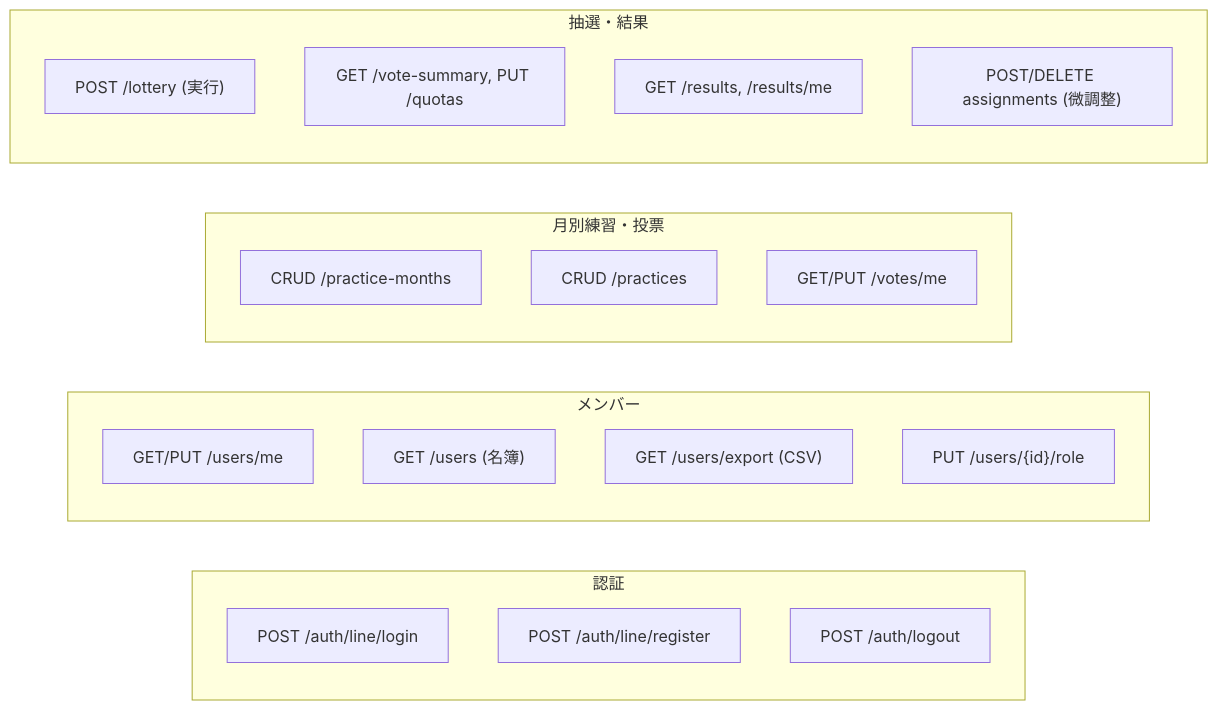
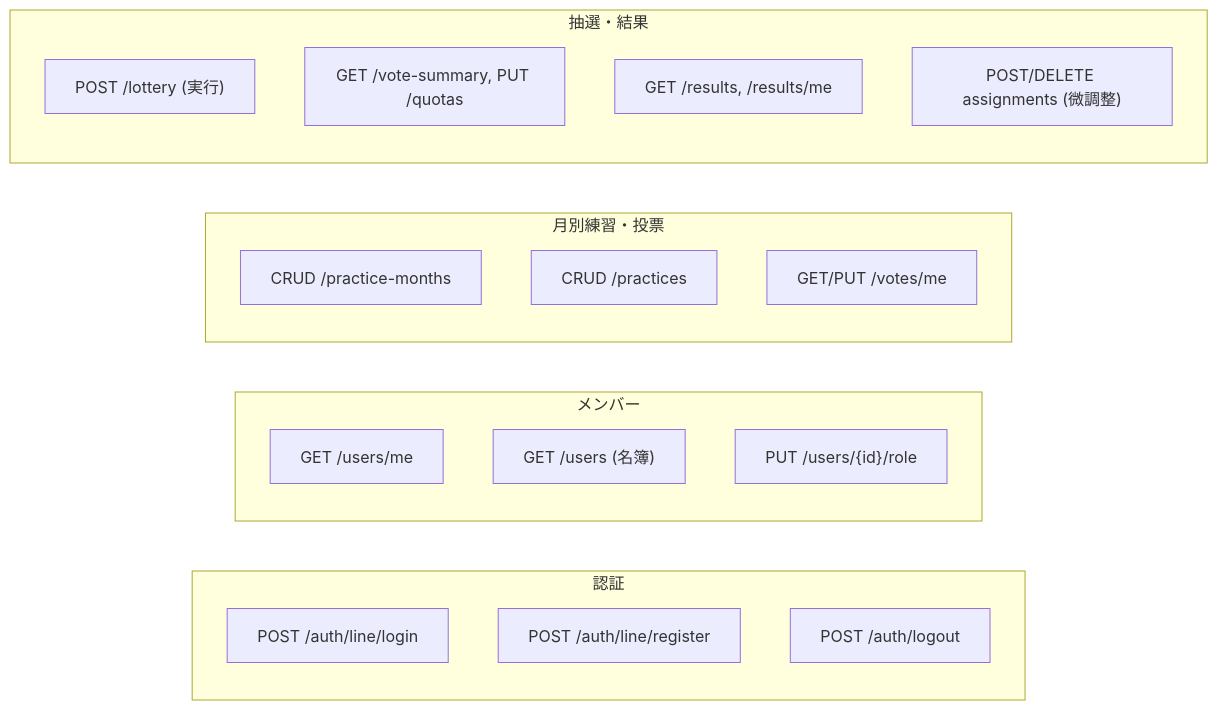
The diagram in specification/docs/api-design/index.md (maruyama0124/lottery-system), drawn with Mermaid before and after one commit. The commit also changed other lines of this file and 9 other files, not shown here.

````diff
--- a/specification/docs/api-design/index.md
+++ b/specification/docs/api-design/index.md
@@ -72,25 +72,24 @@
 ```mermaid
 graph LR
     subgraph AUTH["認証"]
         A1["POST /auth/line/login"]
         A2["POST /auth/line/register"]
         A3["POST /auth/logout"]
     end
     subgraph USERS["メンバー"]
-        U1["GET/PUT /users/me"]
+        U1["GET /users/me"]
         U2["GET /users (名簿)"]
-        U3["GET /users/export (CSV)"]
         U4["PUT /users/{id}/role"]
     end
     subgraph PM["月別練習・投票"]
         P1["CRUD /practice-months"]
         P2["CRUD /practices"]
         P3["GET/PUT /votes/me"]
     end
     subgraph LOT["抽選・結果"]
         L1["POST /lottery (実行)"]
         L2["GET /vote-summary, PUT /quotas"]
         L3["GET /results, /results/me"]
         L4["POST/DELETE assignments (微調整)"]
     end
 ```
````
